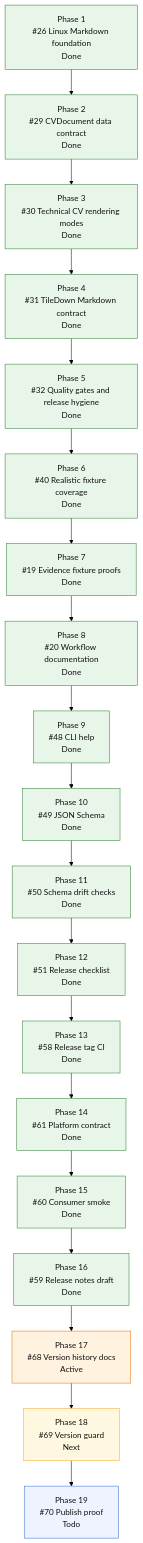
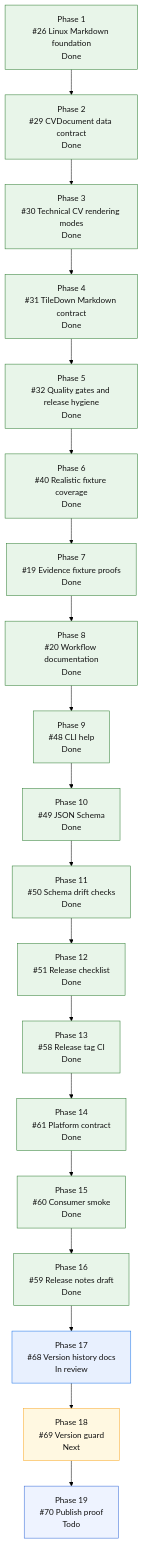
One commit to mihaelamj/cvbuilder changed the diagram in README.md. Above: the diagram before and after it, drawn with Mermaid (forest theme). The commit also changed 1 other file, not shown here.

Commit message:
docs(roadmap): mark release docs in review

````diff
--- a/README.md
+++ b/README.md
@@ -169,36 +169,36 @@
 ```mermaid
 flowchart TD
     P1["Phase 1<br/>#26 Linux Markdown foundation<br/>Done"]
     P2["Phase 2<br/>#29 CVDocument data contract<br/>Done"]
     P3["Phase 3<br/>#30 Technical CV rendering modes<br/>Done"]
     P4["Phase 4<br/>#31 TileDown Markdown contract<br/>Done"]
     P5["Phase 5<br/>#32 Quality gates and release hygiene<br/>Done"]
     P6["Phase 6<br/>#40 Realistic fixture coverage<br/>Done"]
     P7["Phase 7<br/>#19 Evidence fixture proofs<br/>Done"]
     P8["Phase 8<br/>#20 Workflow documentation<br/>Done"]
     P9["Phase 9<br/>#48 CLI help<br/>Done"]
     P10["Phase 10<br/>#49 JSON Schema<br/>Done"]
     P11["Phase 11<br/>#50 Schema drift checks<br/>Done"]
     P12["Phase 12<br/>#51 Release checklist<br/>Done"]
     P13["Phase 13<br/>#58 Release tag CI<br/>Done"]
     P14["Phase 14<br/>#61 Platform contract<br/>Done"]
     P15["Phase 15<br/>#60 Consumer smoke<br/>Done"]
     P16["Phase 16<br/>#59 Release notes draft<br/>Done"]
-    P17["Phase 17<br/>#68 Version history docs<br/>Active"]
+    P17["Phase 17<br/>#68 Version history docs<br/>In review"]
     P18["Phase 18<br/>#69 Version guard<br/>Next"]
     P19["Phase 19<br/>#70 Publish proof<br/>Todo"]
 
     P1 --> P2 --> P3 --> P4 --> P5 --> P6 --> P7 --> P8 --> P9 --> P10 --> P11 --> P12 --> P13 --> P14 --> P15 --> P16 --> P17 --> P18 --> P19
 
     classDef done fill:#e8f5e9,stroke:#2e7d32,color:#111;
     classDef active fill:#fff3e0,stroke:#ef6c00,color:#111;
     classDef review fill:#e8f0fe,stroke:#1a73e8,color:#111;
     classDef next fill:#fff8e1,stroke:#f9a825,color:#111;
     classDef partial fill:#e0f7fa,stroke:#00838f,color:#111;
     classDef todo fill:#eef3ff,stroke:#3367d6,color:#111;
     class P1,P2,P3,P4 done;
     class P5,P6,P7,P8,P9,P10,P11,P12,P13,P14,P15,P16 done;
-    class P17 active;
+    class P17 review;
     class P18 next;
     class P19 todo;
 ```
````
